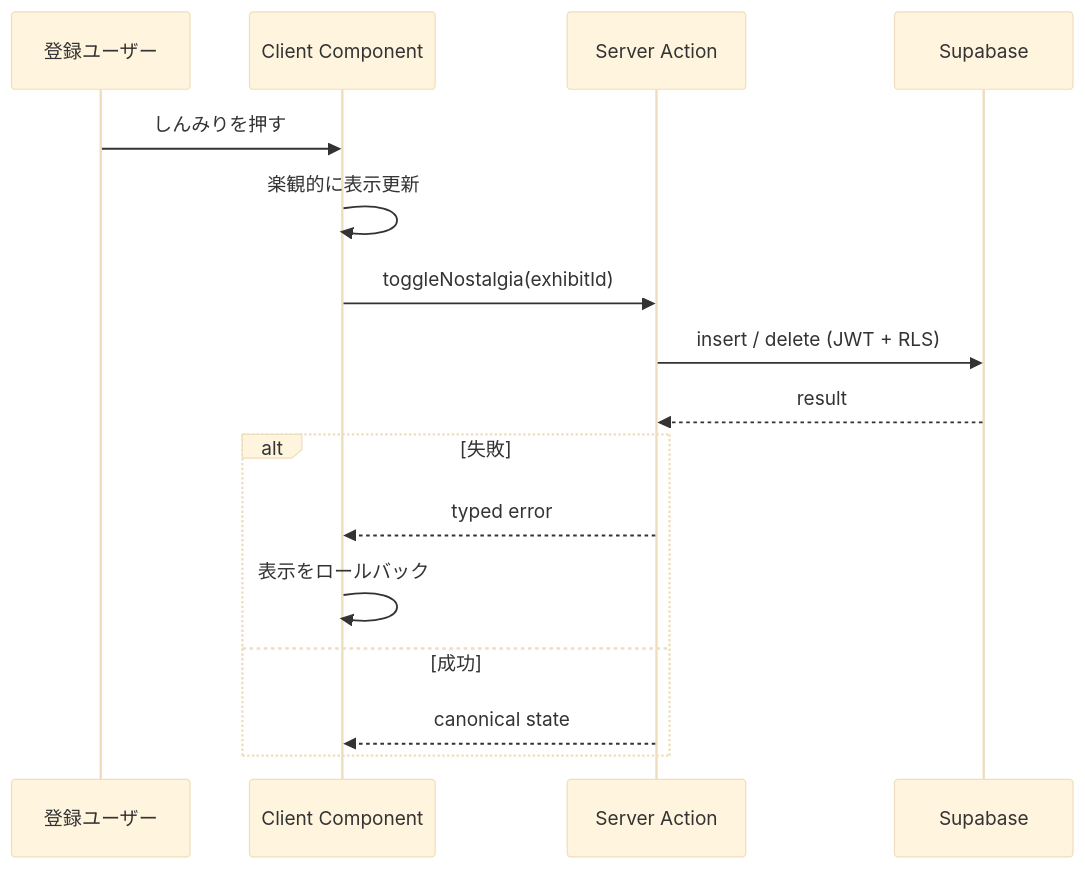
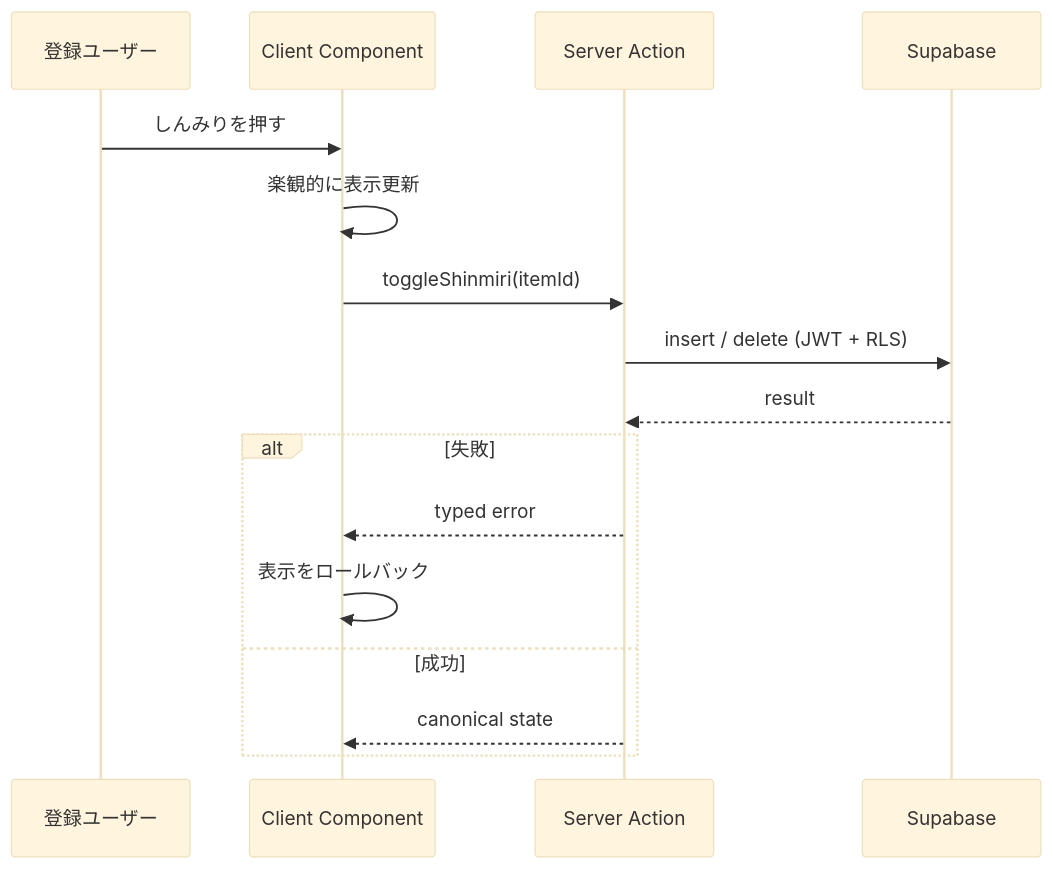
One commit to yasusudas/anokoro-museum changed the fourth of 5 diagrams in docs/ARCHITECTURE_OVERVIEW.md. Above: the diagram before and after it, drawn with Mermaid (base theme). The commit also changed other lines of this file and 6 other files, not shown here.

````diff
--- a/docs/ARCHITECTURE_OVERVIEW.md
+++ b/docs/ARCHITECTURE_OVERVIEW.md
@@ -64,18 +64,18 @@
 ```mermaid
 sequenceDiagram
   participant U as 登録ユーザー
   participant C as Client Component
   participant A as Server Action
   participant DB as Supabase
   U->>C: しんみりを押す
   C->>C: 楽観的に表示更新
-  C->>A: toggleNostalgia(exhibitId)
+  C->>A: toggleShinmiri(itemId)
   A->>DB: insert / delete (JWT + RLS)
   DB-->>A: result
   alt 失敗
     A-->>C: typed error
     C->>C: 表示をロールバック
   else 成功
     A-->>C: canonical state
   end
 ```
````
